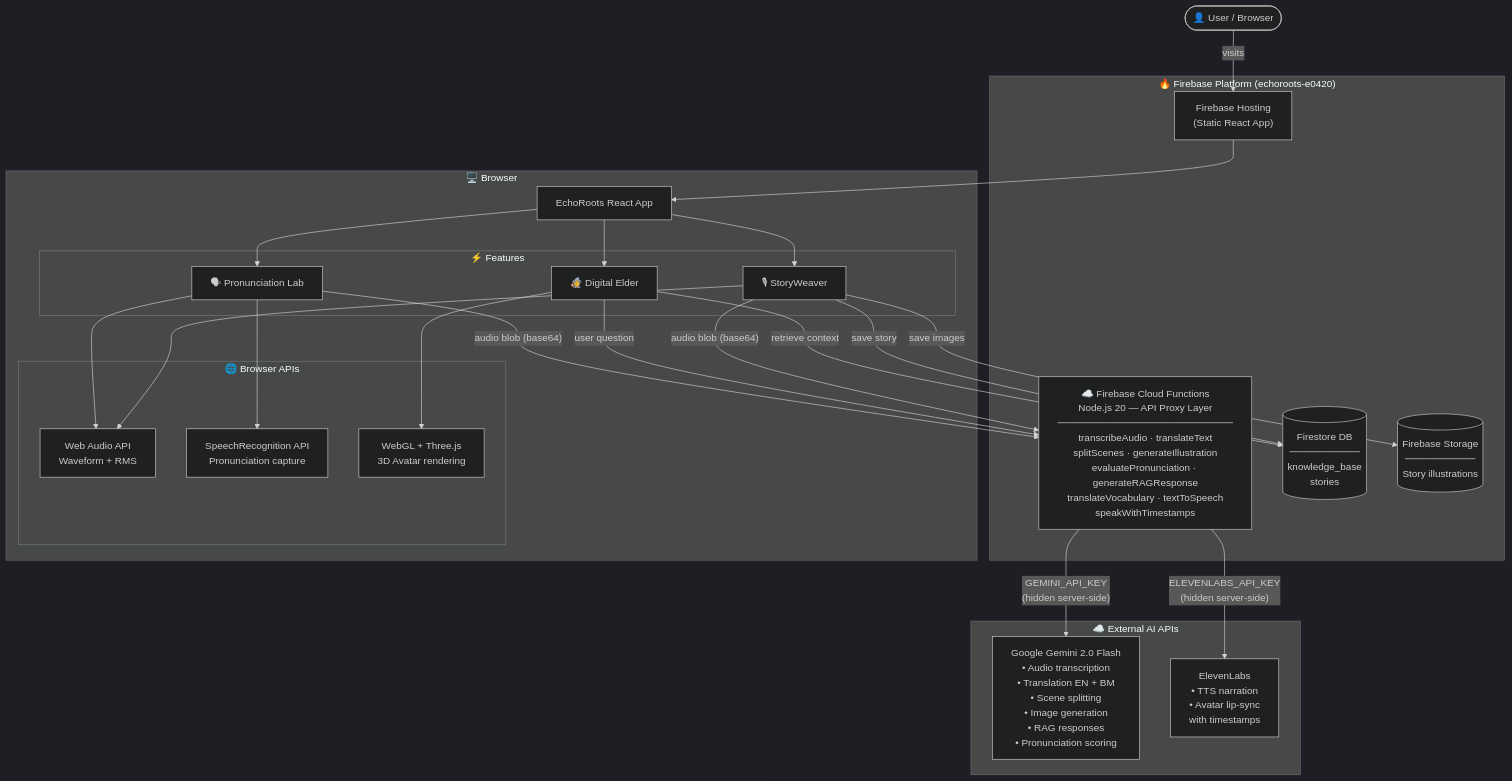
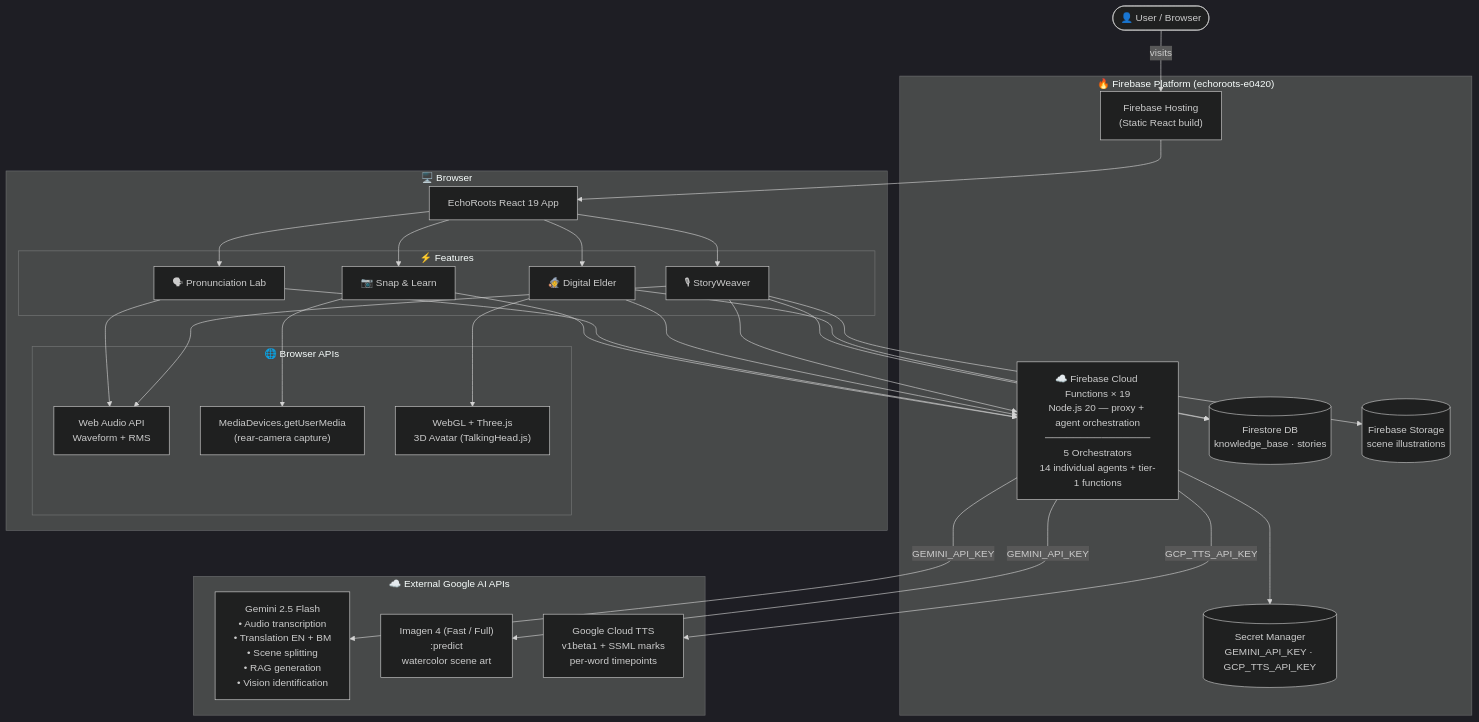
Before and after one commit to HAIZ4D/echoroots_webapp: the second of 2 diagrams in README.md, drawn with Mermaid (dark theme). The commit also changed other lines of this file and 9 other files, not shown here.

Commit message:
feat: Snap & Learn vision pipeline + finals README

````diff
--- a/README.md
+++ b/README.md
@@ -50,50 +192,55 @@
 ```mermaid
 flowchart TD
     User(["👤 User / Browser"])
-
     User -->|visits| Hosting
 
     subgraph Firebase["🔥 Firebase Platform (echoroots-e0420)"]
-        Hosting["Firebase Hosting\n(Static React App)"]
-        Functions["☁️ Firebase Cloud Functions\nNode.js 20 — API Proxy Layer\n─────────────────────────\ntranscribeAudio · translateText\nsplitScenes · generateIllustration\nevaluatePronunciation · generateRAGResponse\ntranslateVocabulary · textToSpeech\nspeakWithTimestamps"]
-        Firestore[("Firestore DB\n──────────\nknowledge_base\nstories")]
-        Storage[("Firebase Storage\n──────────\nStory illustrations")]
+        Hosting["Firebase Hosting<br/>(Static React build)"]
+        Functions["☁️ Firebase Cloud Functions × 19<br/>Node.js 20 — proxy + agent orchestration<br/>───────────────<br/>5 Orchestrators<br/>14 individual agents + tier-1 functions"]
+        Firestore[("Firestore DB<br/>knowledge_base · stories")]
+        Storage[("Firebase Storage<br/>scene illustrations")]
+        Secrets[("Secret Manager<br/>GEMINI_API_KEY · GCP_TTS_API_KEY")]
     end
 
     Hosting --> App
 
     subgraph Browser["🖥️ Browser"]
-        App["EchoRoots React App"]
-        App --> SW & DE & PL
+        App["EchoRoots React 19 App"]
+        App --> SW & DE & PL & SL
 
         subgraph Features["⚡ Features"]
             SW["🎙 StoryWeaver"]
             DE["🧙 Digital Elder"]
             PL["🗣 Pronunciation Lab"]
+            SL["📷 Snap & Learn"]
         end
 
         subgraph BrowserAPIs["🌐 Browser APIs"]
-            WAA["Web Audio API\nWaveform + RMS"]
-            SR["SpeechRecognition API\nPronunciation capture"]
-            WebGL["WebGL + Three.js\n3D Avatar rendering"]
+            WAA["Web Audio API<br/>Waveform + RMS"]
+            CAM["MediaDevices.getUserMedia<br/>(rear-camera capture)"]
+            WebGL["WebGL + Three.js<br/>3D Avatar (TalkingHead.js)"]
         end
     end
 
-    subgraph ExternalAPIs["☁️ External AI APIs"]
-        Gemini["Google Gemini 2.0 Flash\n• Audio transcription\n• Translation EN + BM\n• Scene splitting\n• Image generation\n• RAG responses\n• Pronunciation scoring"]
-        EL["ElevenLabs\n• TTS narration\n• Avatar lip-sync\n  with timestamps"]
+    subgraph ExternalAPIs["☁️ External Google AI APIs"]
+        Gemini["Gemini 2.5 Flash<br/>• Audio transcription<br/>• Translation EN + BM<br/>• Scene splitting<br/>• RAG generation<br/>• Vision identification"]
+        Imagen["Imagen 4 (Fast / Full)<br/>:predict<br/>watercolor scene art"]
+        TTS["Google Cloud TTS<br/>v1beta1 + SSML marks<br/>per-word timepoints"]
     end
 
-    SW -->|"audio blob (base64)"| Functions
-    SW -->|"save story"| Firestore
-    SW -->|"save images"| Storage
-    DE -->|"user question"| Functions
-    DE -->|"retrieve context"| Firestore
+    SW --> Functions
+    DE --> Functions
+    PL --> Functions
+    SL --> Functions
+    DE --> Firestore
+    SW --> Firestore
+    SW --> Storage
     DE --> WebGL
-    PL -->|"audio blob (base64)"| Functions
-    PL --> SR
     SW & PL --> WAA
+    SL --> CAM
 
-    Functions -->|"GEMINI_API_KEY\n(hidden server-side)"| Gemini
-    Functions -->|"ELEVENLABS_API_KEY\n(hidden server-side)"| EL
+    Functions --> Secrets
+    Functions -->|GEMINI_API_KEY| Gemini
+    Functions -->|GEMINI_API_KEY| Imagen
+    Functions -->|GCP_TTS_API_KEY| TTS
 ```
````
